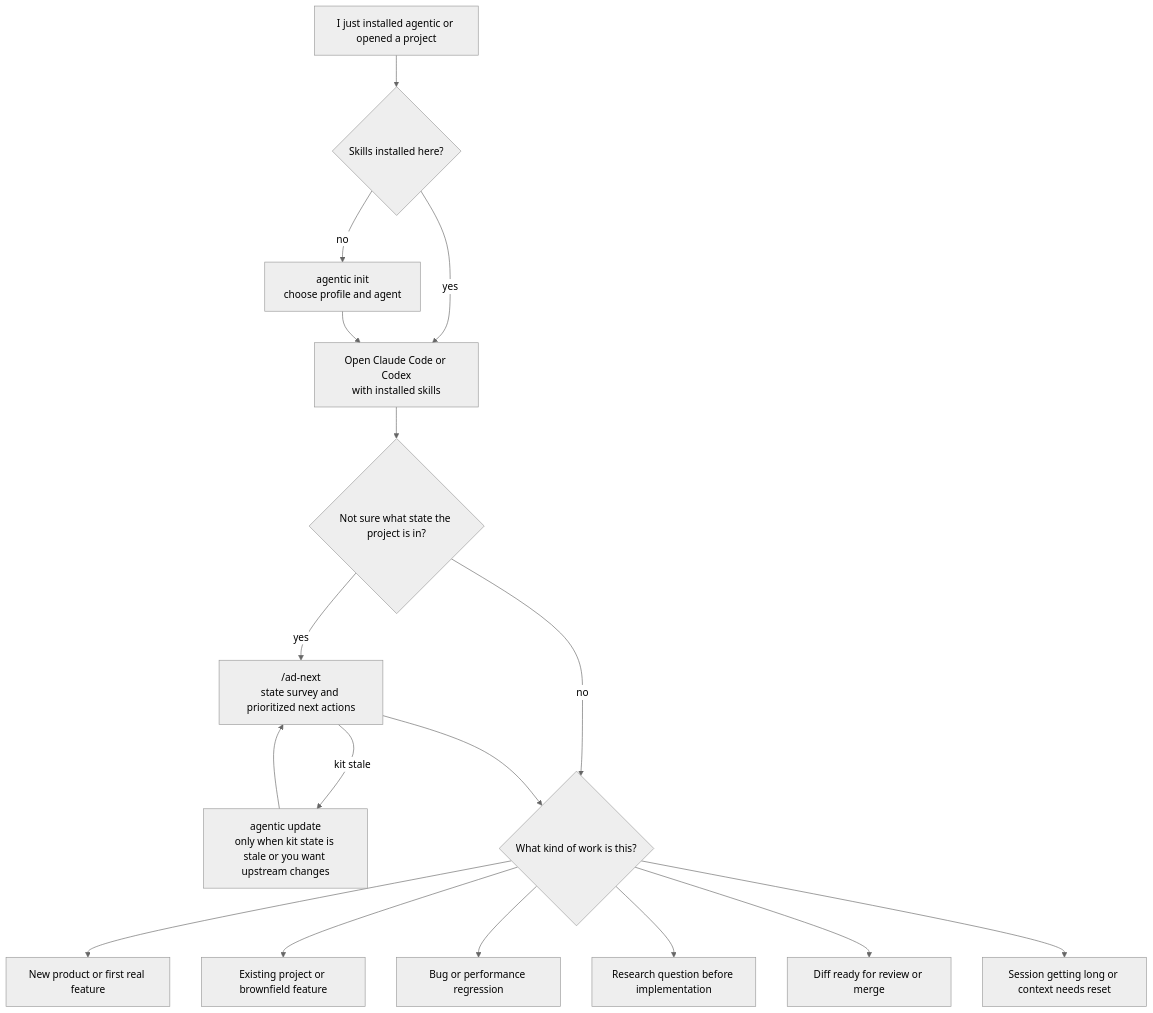
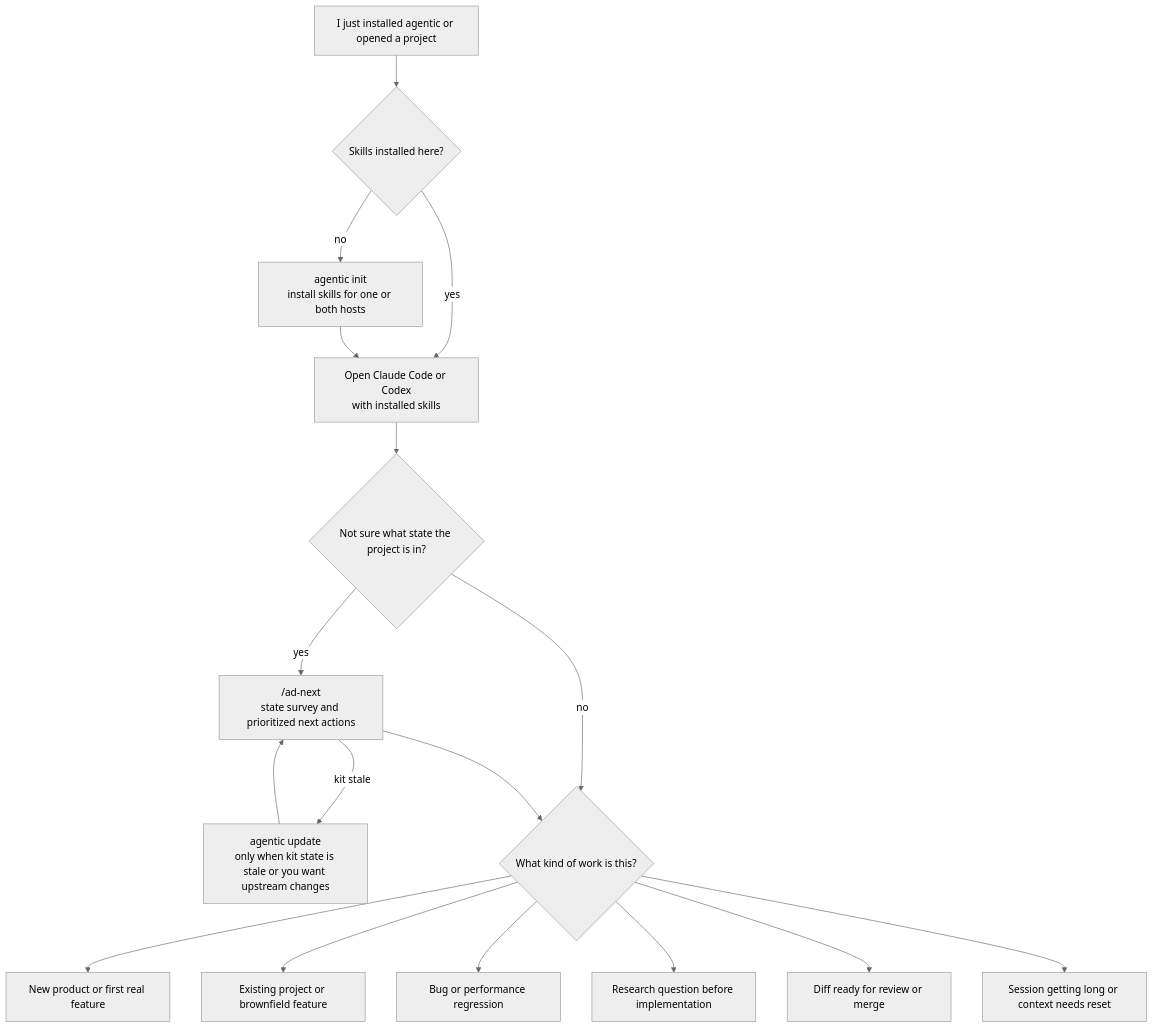
Before and after one commit to alexandremendoncaalvaro/agentic-development: the first of 10 diagrams in WORKFLOW-FLOWS.md, drawn with Mermaid (neutral theme). The commit also changed other lines of this file and 112 other files, not shown here.

Commit message:
feat: install all skills by default

````diff
--- a/WORKFLOW-FLOWS.md
+++ b/WORKFLOW-FLOWS.md
@@ -13,34 +13,34 @@
 ```mermaid
 flowchart TD
     Start["I just installed agentic or opened a project"]
     Installed{"Skills installed here?"}
-    Init["agentic init<br>choose profile and agent"]
+    Init["agentic init<br>install skills for one or both hosts"]
     Ready["Open Claude Code or Codex<br>with installed skills"]
     Unsure{"Not sure what state the project is in?"}
     Next["/ad-next<br>state survey and prioritized next actions"]
     Update["agentic update<br>only when kit state is stale or you want upstream changes"]
     Scenario{"What kind of work is this?"}
     New["New product or first real feature"]
     Existing["Existing project or brownfield feature"]
     Bug["Bug or performance regression"]
     Research["Research question before implementation"]
     Review["Diff ready for review or merge"]
     Handoff["Session getting long or context needs reset"]
 
     Start --> Installed
     Installed -->|no| Init
     Installed -->|yes| Ready
     Init --> Ready
     Ready --> Unsure
     Unsure -->|yes| Next
     Unsure -->|no| Scenario
     Next -->|kit stale| Update
     Update --> Next
     Next --> Scenario
     Scenario --> New
     Scenario --> Existing
     Scenario --> Bug
     Scenario --> Research
     Scenario --> Review
     Scenario --> Handoff
 ```
````
